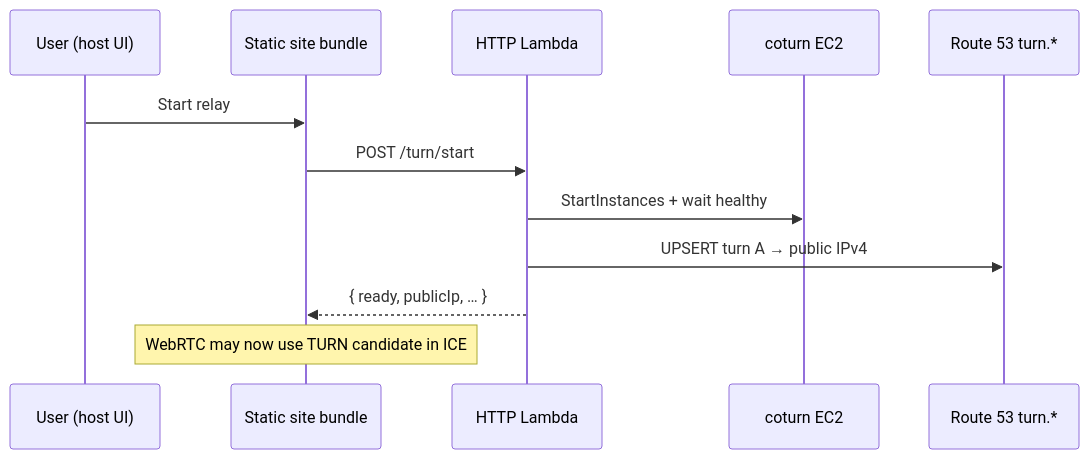
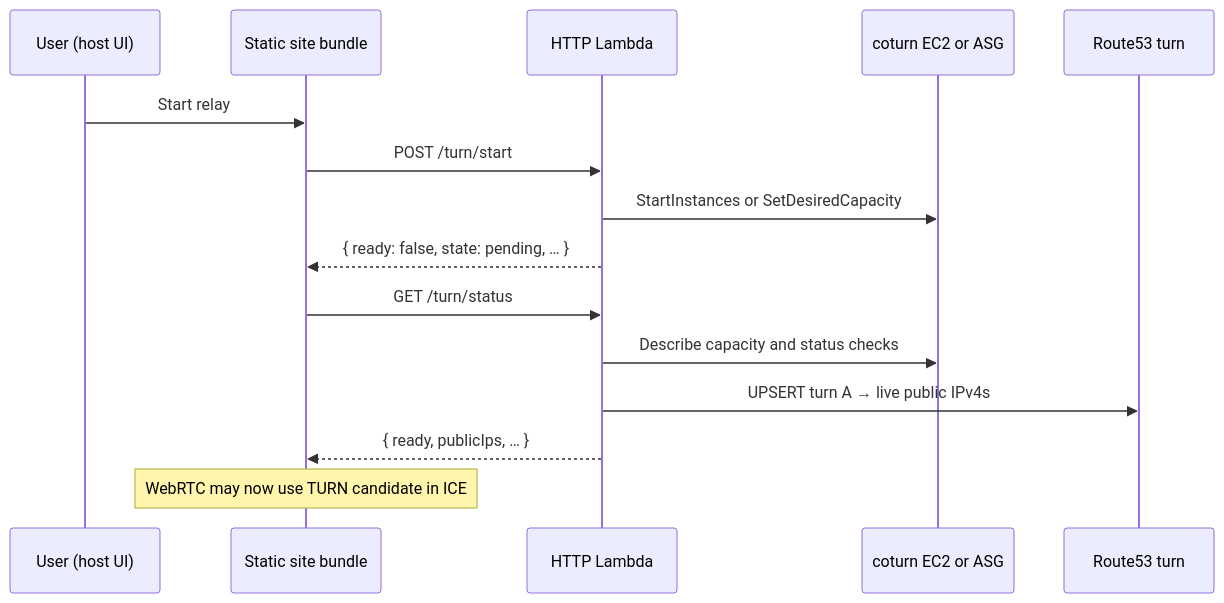
One commit to MichaelJ43/card-game changed the fifth of 5 diagrams in docs/architecture.md. Above: the diagram before and after it, drawn with Mermaid. The commit also changed other lines of this file and 22 other files, not shown here.

Commit message:
scale coturn relay infrastructure

````diff
--- a/docs/architecture.md
+++ b/docs/architecture.md
@@ -142,15 +142,18 @@
 ```mermaid
 sequenceDiagram
   participant U as User (host UI)
   participant Site as Static site bundle
   participant API as HTTP Lambda
-  participant EC2 as coturn EC2
-  participant DNS as Route 53 turn.*
+  participant Relay as coturn EC2 or ASG
+  participant DNS as Route53 turn
 
   U->>Site: Start relay
   Site->>API: POST /turn/start
-  API->>EC2: StartInstances + wait healthy
-  API->>DNS: UPSERT turn A → public IPv4
-  API-->>Site: { ready, publicIp, … }
+  API->>Relay: StartInstances or SetDesiredCapacity
+  API-->>Site: { ready: false, state: pending, … }
+  Site->>API: GET /turn/status
+  API->>Relay: Describe capacity and status checks
+  API->>DNS: UPSERT turn A → live public IPv4s
+  API-->>Site: { ready, publicIps, … }
   Note over Site: WebRTC may now use TURN candidate in ICE
 ```
````
